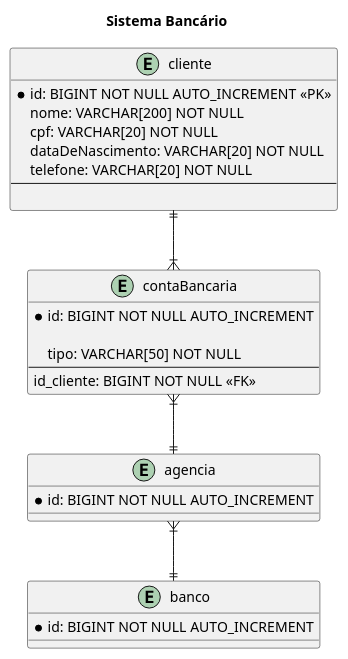
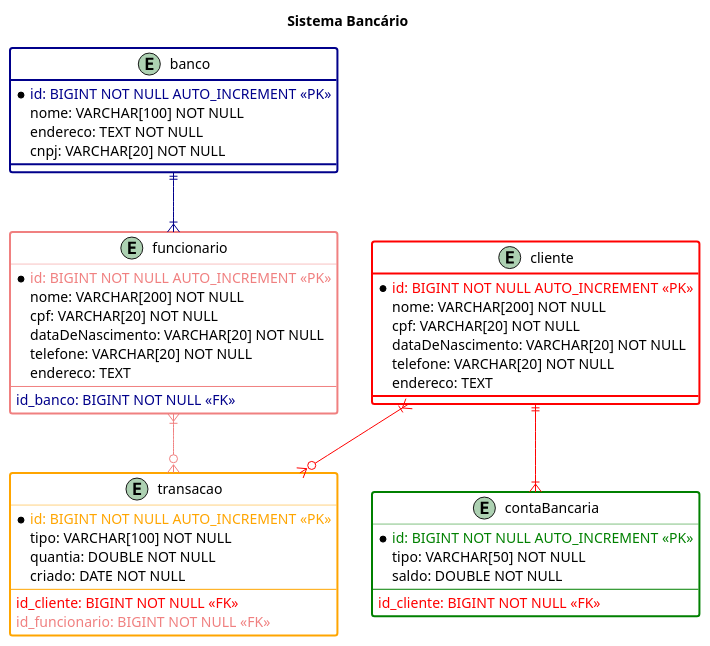
Before and after one commit to galaticghost/guieq.klarrind: the diagram in Modelagem/banco2.wsd, drawn with PlantUML. The commit also changed 1 other file, not shown here.

```diff
--- a/Modelagem/banco2.wsd
+++ b/Modelagem/banco2.wsd
@@ -1,37 +1,56 @@
 @startuml Sistema Bancário
 
 title Sistema Bancário
 
-entity cliente {
-    *id: BIGINT NOT NULL AUTO_INCREMENT <<PK>>
+entity cliente #white;line.bold;line:Red{
+    *<color: Red>id: BIGINT NOT NULL AUTO_INCREMENT <<PK>>
     nome: VARCHAR[200] NOT NULL
     cpf: VARCHAR[20] NOT NULL
     dataDeNascimento: VARCHAR[20] NOT NULL
     telefone: VARCHAR[20] NOT NULL
-    --
-
+    endereco: TEXT
 }
 
-entity contaBancaria{
-    *id: BIGINT NOT NULL AUTO_INCREMENT
-    
+entity contaBancaria #white;line.bold;line:Green{
+    *<color: Green>id: BIGINT NOT NULL AUTO_INCREMENT <<PK>>
     tipo: VARCHAR[50] NOT NULL
+    saldo: DOUBLE NOT NULL
     --
-    id_cliente: BIGINT NOT NULL <<FK>>
+    <color: Red>id_cliente: BIGINT NOT NULL <<FK>>
 }
 
-entity agencia {
-    *id: BIGINT NOT NULL AUTO_INCREMENT
+entity banco #white;line.bold;line:DarkBlue{
+    *<color: DarkBlue>id: BIGINT NOT NULL AUTO_INCREMENT <<PK>>
+    nome: VARCHAR[100] NOT NULL
+    endereco: TEXT NOT NULL
+    cnpj: VARCHAR[20] NOT NULL
 }
 
-entity banco{
-    *id: BIGINT NOT NULL AUTO_INCREMENT
+entity transacao #white;line.bold;line:orange{
+    *<color: Orange>id: BIGINT NOT NULL AUTO_INCREMENT <<PK>>
+    tipo: VARCHAR[100] NOT NULL
+    quantia: DOUBLE NOT NULL
+    criado: DATE NOT NULL
+    --
+    <color: Red>id_cliente: BIGINT NOT NULL <<FK>>
+    <color: LightCoral>id_funcionario: BIGINT NOT NULL <<FK>>
 }
 
+entity funcionario #white;line.bold;line:LightCoral{
+    *<color: LightCoral>id: BIGINT NOT NULL AUTO_INCREMENT <<PK>>
+    nome: VARCHAR[200] NOT NULL
+    cpf: VARCHAR[20] NOT NULL
+    dataDeNascimento: VARCHAR[20] NOT NULL
+    telefone: VARCHAR[20] NOT NULL
+    endereco: TEXT
+    --
+    <color: DarkBlue>id_banco: BIGINT NOT NULL <<FK>>
+}
 
-cliente ||--|{ contaBancaria
-contaBancaria }|--|| agencia
-agencia }|--|| banco
+cliente ||-[#Red]-|{ contaBancaria
+cliente }|-[#red]-o{ transacao
+funcionario }|-[#LightCoral]-o{ transacao
+funcionario }|-up[#darkblue]-|| banco
 
 
 @enduml
```
